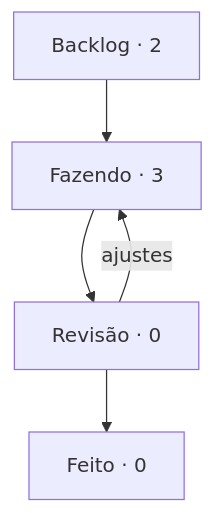
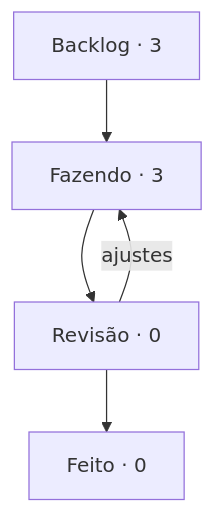
One commit to StudioVibi/VibiKanban changed the diagram in boards/harness/BOARD.md. Above: the diagram before and after it, drawn with Mermaid. The commit also changed other lines of this file and 2 other files, not shown here.

````diff
--- a/boards/harness/BOARD.md
+++ b/boards/harness/BOARD.md
@@ -5,10 +5,10 @@
 ```mermaid
 flowchart TD
-  backlog["Backlog · 2"] --> doing["Fazendo · 3"]
+  backlog["Backlog · 3"] --> doing["Fazendo · 3"]
   doing --> review["Revisão · 0"]
   review --> done["Feito · 0"]
   review -->|ajustes| doing
   doing:::blue
   review:::yellow
   done:::green
 ```
````
